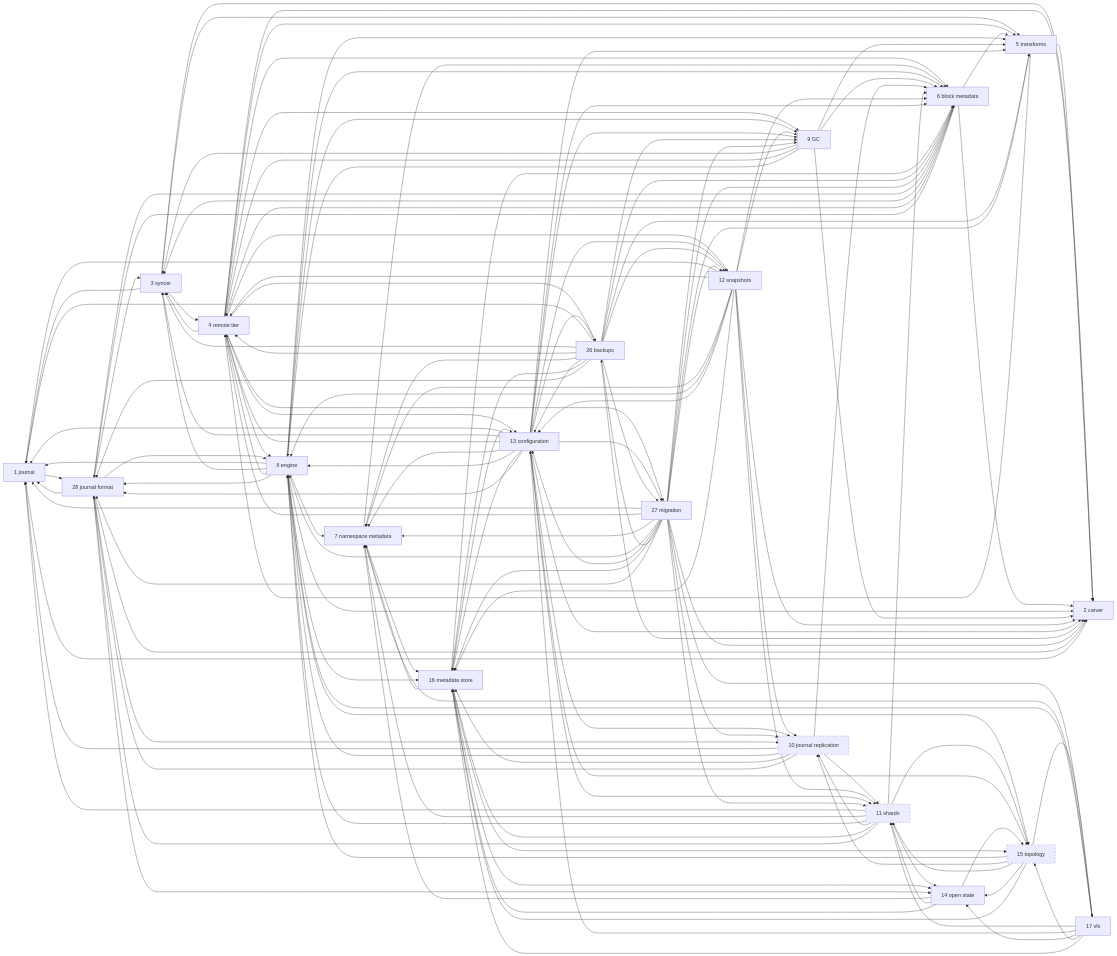
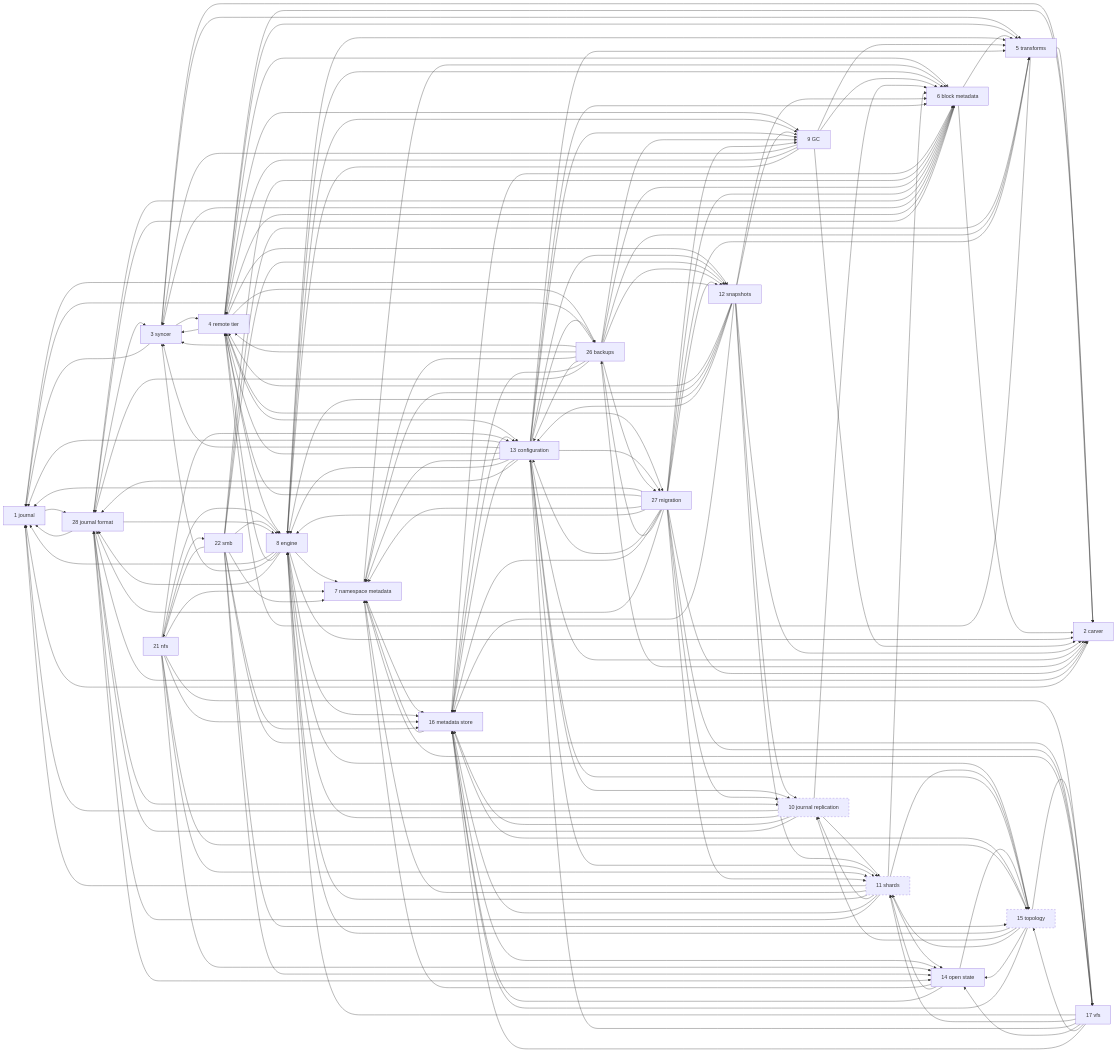
One commit to marmos91/dittofs changed the diagram in docs/internals/rfcs/rfc-index.md. Above: the diagram before and after it, drawn with Mermaid. The commit also changed other lines of this file and 2 other files, not shown here.

````diff
--- a/docs/internals/rfcs/rfc-index.md
+++ b/docs/internals/rfcs/rfc-index.md
@@ -72,26 +72,28 @@
 ```mermaid
 graph LR
   R1["1 journal"] --> R28
   R2["2 carver"] --> R1
   R3["3 syncer"] --> R1 & R2 & R4 & R5
   R4["4 remote tier"] --> R2 & R3 & R5 & R6 & R8 & R9 & R12 & R13 & R26 & R27
   R5["5 transforms"] --> R2 & R4
   R6["6 block metadata"] --> R2 & R3 & R4 & R5 & R28
   R7["7 namespace metadata"] --> R6 & R16
   R8["8 engine"] --> R1 & R2 & R3 & R4 & R5 & R6 & R7 & R9 & R15 & R16 & R28
   R9["9 GC"] --> R2 & R3 & R4 & R5 & R6 & R8
   R10["10 journal replication"] --> R1 & R6 & R8 & R11 & R16 & R28
   R11["11 shards"] --> R1 & R6 & R7 & R8 & R10 & R14 & R15 & R16 & R28
   R12["12 snapshots"] --> R1 & R2 & R4 & R6 & R7 & R8 & R9 & R10 & R11 & R13 & R16
   R13["13 configuration"] --> R1 & R2 & R3 & R4 & R5 & R6 & R7 & R8 & R9 & R10 & R11 & R12 & R15 & R16 & R26 & R27 & R28
   R14["14 open state"] --> R7 & R11 & R15 & R16
   R15["15 topology"] --> R8 & R10 & R11 & R14 & R16 & R17
   R16["16 metadata store"] --> R6 & R7 & R13 & R14 & R15
   R17["17 vfs"] --> R7 & R8 & R11 & R13 & R14 & R15 & R16
+  R21["21 nfs"] --> R7 & R8 & R11 & R13 & R14 & R15 & R16 & R17 & R22
+  R22["22 smb"] --> R5 & R6 & R7 & R8 & R12 & R14 & R15 & R16 & R17 & R21
   R26["26 backups"] --> R1 & R2 & R3 & R4 & R5 & R6 & R7 & R9 & R12 & R13 & R16 & R27 & R28
   R27["27 migration"] --> R1 & R2 & R4 & R5 & R6 & R7 & R8 & R9 & R10 & R11 & R12 & R13 & R16 & R17 & R26 & R28
   R28["28 journal format"] --> R1 & R2 & R3 & R6 & R8 & R10 & R14
   style R10 stroke-dasharray: 5 5
   style R11 stroke-dasharray: 5 5
   style R15 stroke-dasharray: 5 5
 ```
````
